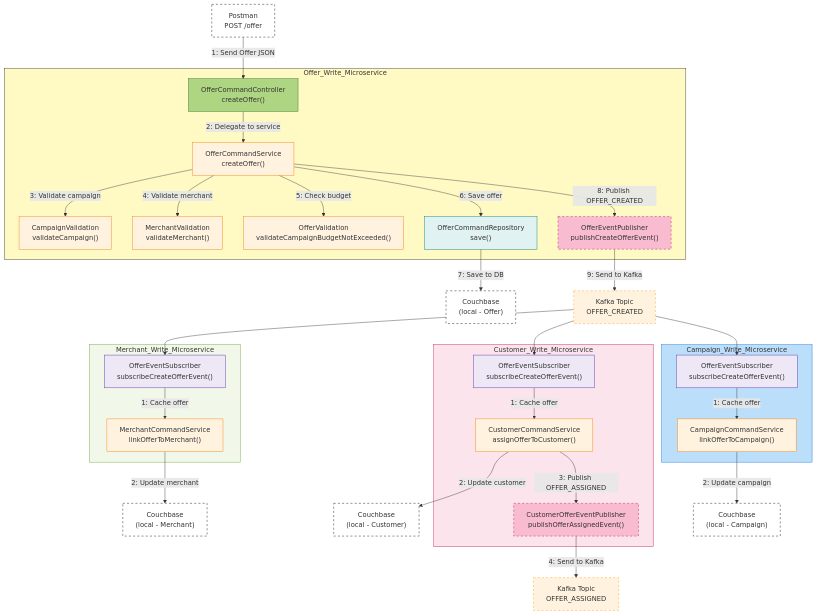
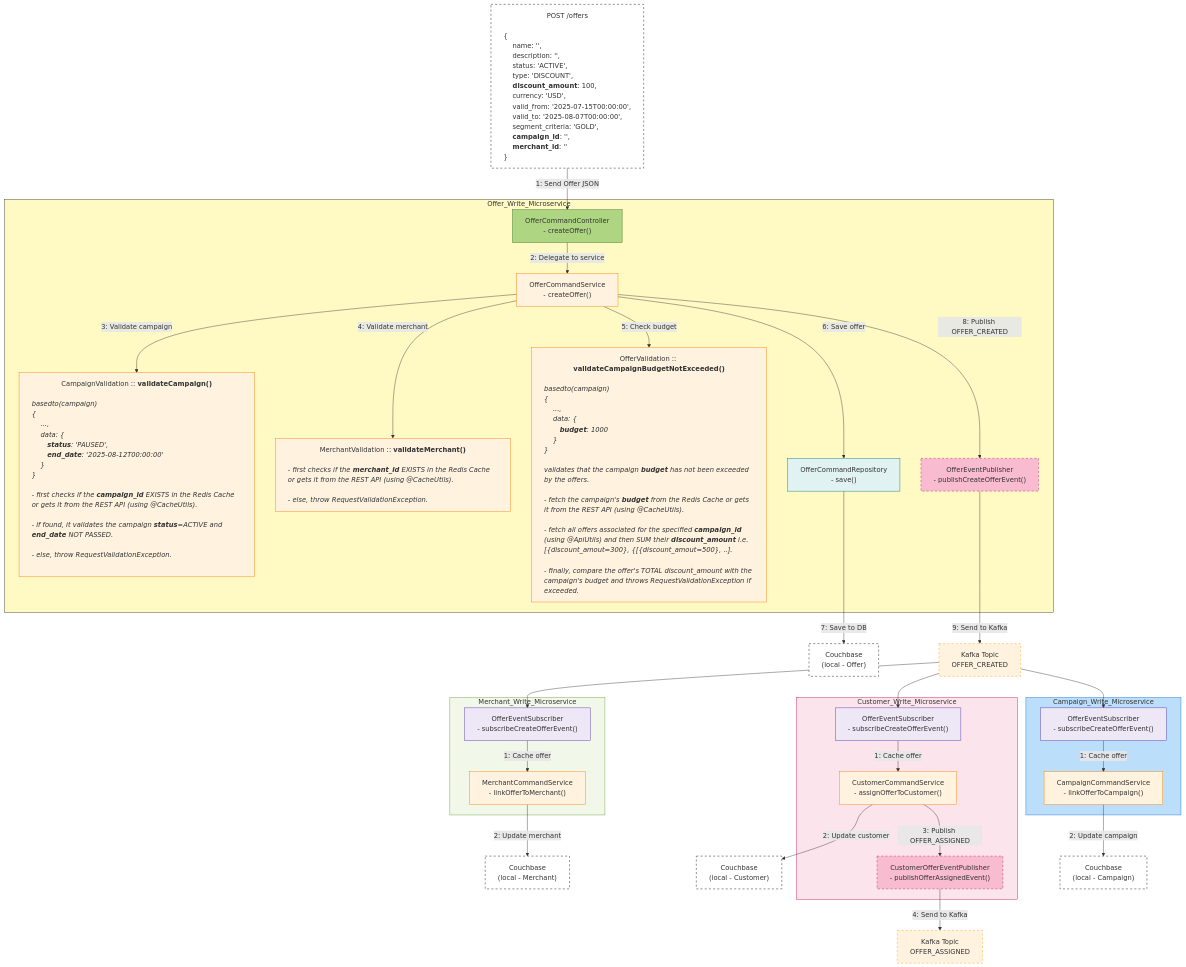
One commit to aakashkumar1980/apps-microservices changed the diagram in _readme_assets/offer_create.mmd. Above: the diagram before and after it, drawn with Mermaid.

Commit message:
code refactor

```diff
--- a/_readme_assets/offer_create.mmd
+++ b/_readme_assets/offer_create.mmd
@@ -1,86 +1,140 @@
+%%{ init: { "flowchart": { "htmlLabels": true, "wrappingWidth": 500 } } }%%
 flowchart TD
 
 %% REST Client
-    POSTMAN["Postman<br>POST /offer"]:::external
+    POSTMAN["POST /offers
+    <div style='text-align: left'>
+{
+#emsp; name: '',
+#emsp; description: '',
+#emsp; status: 'ACTIVE',
+#emsp; type: 'DISCOUNT',
+#emsp;<b> discount_amount</b>: 100,
+#emsp; currency: 'USD',
+#emsp; valid_from: '2025-07-15T00:00:00',
+#emsp; valid_to: '2025-08-07T00:00:00',
+#emsp; segment_criteria: 'GOLD',
+#emsp; <b>campaign_id</b>: '',
+#emsp; <b>merchant_id</b>: ''
+}
+</div>
+"]:::external
 
 %% Offer Write Microservice
-    subgraph Offer_Write_Microservice
-        style Offer_Write_Microservice fill:#FFF9C4,stroke:#333,stroke-width:1px
+subgraph Offer_Write_Microservice
+style Offer_Write_Microservice fill:#FFF9C4,stroke:#333,stroke-width:1px
 
-        OCC["OfferCommandController<br>createOffer()"]:::controller
-        OCS["OfferCommandService<br>createOffer()"]:::service
-        CV["CampaignValidation<br>validateCampaign()"]:::service
-        MV["MerchantValidation<br>validateMerchant()"]:::service
-        OV["OfferValidation<br>validateCampaignBudgetNotExceeded()"]:::service
-        OCR["OfferCommandRepository<br>save()"]:::repository
-        OEP["OfferEventPublisher<br>publishCreateOfferEvent()"]:::event
-    end
+OCC["OfferCommandController<br>- createOffer()"]:::controller
+OCS["OfferCommandService<br>- createOffer()"]:::service
+
+CV["CampaignValidation :: <b>validateCampaign()</b><i>
+<div style='text-align: left'>
+basedto(campaign)
+{
+#emsp; ...,
+#emsp; data: {
+#emsp;#emsp; <b>status</b>: 'PAUSED',
+#emsp;#emsp; <b>end_date</b>: '2025-08-12T00:00:00'
+#emsp; }
+}<br>
+- first checks if the <b>campaign_id</b> EXISTS in the Redis Cache or gets it from the REST API (using @CacheUtils).<br>
+- if found, it validates the campaign <b>status</b>=ACTIVE and <b>end_date</b> NOT PASSED.<br>
+- else, throw RequestValidationException.
+</div>
+</i>"]:::service
+
+MV["MerchantValidation :: <b>validateMerchant()</b><i>
+<div style='text-align: left'>
+- first checks if the <b>merchant_id</b> EXISTS in the Redis Cache or gets it from the REST API (using @CacheUtils).<br>
+- else, throw RequestValidationException.
+</div>
+"]:::service
+
+OV["OfferValidation :: <b>validateCampaignBudgetNotExceeded()</b><i>
+<div style='text-align: left'>
+basedto(campaign)
+{
+#emsp; ...,
+#emsp; data: {
+#emsp;#emsp; <b>budget</b>: 1000
+#emsp; }
+}<br>
+validates that the campaign <b>budget</b> has not been exceeded by the offers.<br>
+- fetch the campaign's <b>budget</b> from the Redis Cache or gets it from the REST API (using @CacheUtils).<br>
+- fetch all offers associated for the specified <b>campaign_id</b> (using @ApiUtils) and then SUM their <b>discount_amount</b> i.e. [{discount_amout=300}, {[{discount_amout=500}, ..].<br>
+- finally, compare the offer's TOTAL discount_amount with the campaign's budget and throws RequestValidationException if exceeded.
+</div>
+"]:::service
+
+OCR["OfferCommandRepository<br>- save()"]:::repository
+OEP["OfferEventPublisher<br>- publishCreateOfferEvent()"]:::event
+end
 
 %% Merchant Subscriber
-    subgraph Merchant_Write_Microservice
-        style Merchant_Write_Microservice fill:#F1F8E9,stroke:#689F38,stroke-width:1px
+subgraph Merchant_Write_Microservice
+style Merchant_Write_Microservice fill:#F1F8E9,stroke:#689F38,stroke-width:1px
 
-        MES["OfferEventSubscriber<br>subscribeCreateOfferEvent()"]:::subscriber
-        MC["MerchantCommandService<br>linkOfferToMerchant()"]:::service
-    end
+MES["OfferEventSubscriber<br>- subscribeCreateOfferEvent()"]:::subscriber
+MC["MerchantCommandService<br>- linkOfferToMerchant()"]:::service
+end
 
 %% Customer Subscriber
-    subgraph Customer_Write_Microservice
-        style Customer_Write_Microservice fill:#FCE4EC,stroke:#C2185B,stroke-width:1px
+subgraph Customer_Write_Microservice
+style Customer_Write_Microservice fill:#FCE4EC,stroke:#C2185B,stroke-width:1px
 
-        CES["OfferEventSubscriber<br>subscribeCreateOfferEvent()"]:::subscriber
-        CC["CustomerCommandService<br>assignOfferToCustomer()"]:::service
-        CEP["CustomerOfferEventPublisher<br>publishOfferAssignedEvent()"]:::event
-    end
+CES["OfferEventSubscriber<br>- subscribeCreateOfferEvent()"]:::subscriber
+CC["CustomerCommandService<br>- assignOfferToCustomer()"]:::service
+CEP["CustomerOfferEventPublisher<br>- publishOfferAssignedEvent()"]:::event
+end
 
 %% Campaign Subscriber
-    subgraph Campaign_Write_Microservice
-        style Campaign_Write_Microservice fill:#BBDEFB,stroke:#1976D2,stroke-width:1px
+subgraph Campaign_Write_Microservice
+style Campaign_Write_Microservice fill:#BBDEFB,stroke:#1976D2,stroke-width:1px
 
-        CAS["OfferEventSubscriber<br>subscribeCreateOfferEvent()"]:::subscriber
-        CCS["CampaignCommandService<br>linkOfferToCampaign()"]:::service
-    end
+CAS["OfferEventSubscriber<br>- subscribeCreateOfferEvent()"]:::subscriber
+CCS["CampaignCommandService<br>- linkOfferToCampaign()"]:::service
+end
 
 %% External Systems
-    COUCHBASE_OFFER["Couchbase<br>(local - Offer)"]:::external
-    COUCHBASE_MERCHANT["Couchbase<br>(local - Merchant)"]:::external
-    COUCHBASE_CUSTOMER["Couchbase<br>(local - Customer)"]:::external
-    COUCHBASE_CAMPAIGN["Couchbase<br>(local - Campaign)"]:::external
-    KAFKA1["Kafka Topic<br>OFFER_CREATED"]:::kafka
-    KAFKA2["Kafka Topic<br>OFFER_ASSIGNED"]:::kafka
+COUCHBASE_OFFER["Couchbase<br>(local - Offer)"]:::external
+COUCHBASE_MERCHANT["Couchbase<br>(local - Merchant)"]:::external
+COUCHBASE_CUSTOMER["Couchbase<br>(local - Customer)"]:::external
+COUCHBASE_CAMPAIGN["Couchbase<br>(local - Campaign)"]:::external
+KAFKA1["Kafka Topic<br>OFFER_CREATED"]:::kafka
+KAFKA2["Kafka Topic<br>OFFER_ASSIGNED"]:::kafka
 
 %% Flow Steps (Main Command Flow)
-    POSTMAN -->|1: Send Offer JSON| OCC
-    OCC -->|2: Delegate to service| OCS
-    OCS -->|3: Validate campaign| CV
-    OCS -->|4: Validate merchant| MV
-    OCS -->|5: Check budget| OV
-    OCS -->|6: Save offer| OCR
-    OCR -->|7: Save to DB| COUCHBASE_OFFER
-    OCS -->|8: Publish OFFER_CREATED| OEP
-    OEP -->|9: Send to Kafka| KAFKA1
+POSTMAN -->|1: Send Offer JSON| OCC
+OCC -->|2: Delegate to service| OCS
+OCS -->|3: Validate campaign| CV
+OCS -->|4: Validate merchant| MV
+OCS -->|5: Check budget| OV
+OCS -->|6: Save offer| OCR
+OCR -->|7: Save to DB| COUCHBASE_OFFER
+OCS -->|8: Publish OFFER_CREATED| OEP
+OEP -->|9: Send to Kafka| KAFKA1
 
 %% Subscriptions via Kafka OFFER_CREATED
-    KAFKA1 --> MES
-    MES -->|1: Cache offer| MC
-    MC -->|2: Update merchant| COUCHBASE_MERCHANT
+KAFKA1 --> MES
+MES -->|1: Cache offer| MC
+MC -->|2: Update merchant| COUCHBASE_MERCHANT
 
-    KAFKA1 --> CES
-    CES -->|1: Cache offer| CC
-    CC -->|2: Update customer| COUCHBASE_CUSTOMER
-    CC -->|3: Publish OFFER_ASSIGNED| CEP
-    CEP -->|4: Send to Kafka| KAFKA2
+KAFKA1 --> CES
+CES -->|1: Cache offer| CC
+CC -->|2: Update customer| COUCHBASE_CUSTOMER
+CC -->|3: Publish OFFER_ASSIGNED| CEP
+CEP -->|4: Send to Kafka| KAFKA2
 
-    KAFKA1 --> CAS
-    CAS -->|1: Cache offer| CCS
-    CCS -->|2: Update campaign| COUCHBASE_CAMPAIGN
+KAFKA1 --> CAS
+CAS -->|1: Cache offer| CCS
+CCS -->|2: Update campaign| COUCHBASE_CAMPAIGN
 
 %% Styling
-    classDef controller fill:#AED581,stroke:#33691E,stroke-width:1px;
-    classDef service fill:#FFF3E0,stroke:#F57C00,stroke-width:1px;
-    classDef repository fill:#E0F2F1,stroke:#00796B,stroke-width:1px;
-    classDef util fill:#E1BEE7,stroke:#6A1B9A,stroke-width:1px;
-    classDef event fill:#F8BBD0,stroke:#AD1457,stroke-width:1px,stroke-dasharray: 5 5;
-    classDef subscriber fill:#EDE7F6,stroke:#512DA8,stroke-width:1px;
-    classDef external fill:#FFFFFF,stroke:#000,stroke-width:1px,stroke-dasharray: 5 5;
-    classDef kafka fill:#FFF3E0,stroke:#FF9800,stroke-width:1px,stroke-dasharray: 5 5;
+classDef controller fill:#AED581,stroke:#33691E,stroke-width:1px;
+classDef service fill:#FFF3E0,stroke:#F57C00,stroke-width:1px;
+classDef repository fill:#E0F2F1,stroke:#00796B,stroke-width:1px;
+classDef util fill:#E1BEE7,stroke:#6A1B9A,stroke-width:1px;
+classDef event fill:#F8BBD0,stroke:#AD1457,stroke-width:1px,stroke-dasharray: 5 5;
+classDef subscriber fill:#EDE7F6,stroke:#512DA8,stroke-width:1px;
+classDef external fill:#FFFFFF,stroke:#000,stroke-width:1px,stroke-dasharray: 5 5;
+classDef kafka fill:#FFF3E0,stroke:#FF9800,stroke-width:1px,stroke-dasharray: 5 5;
```
